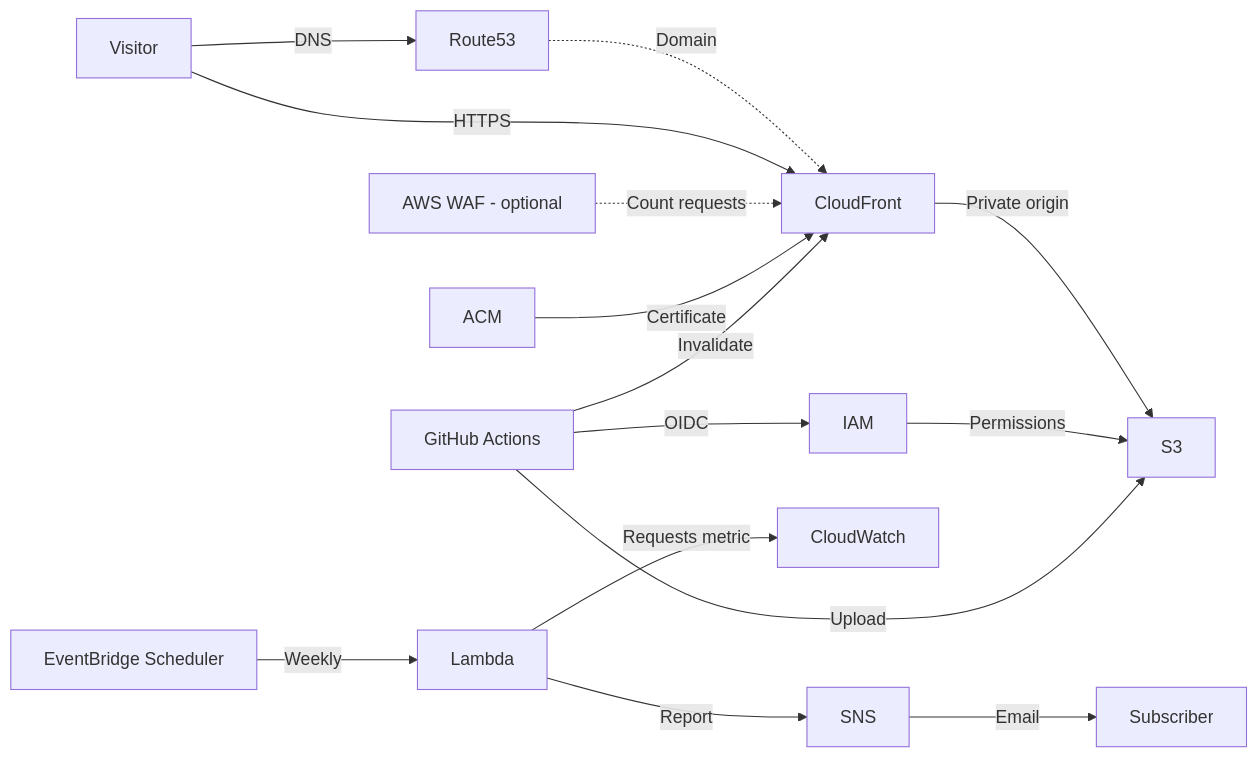
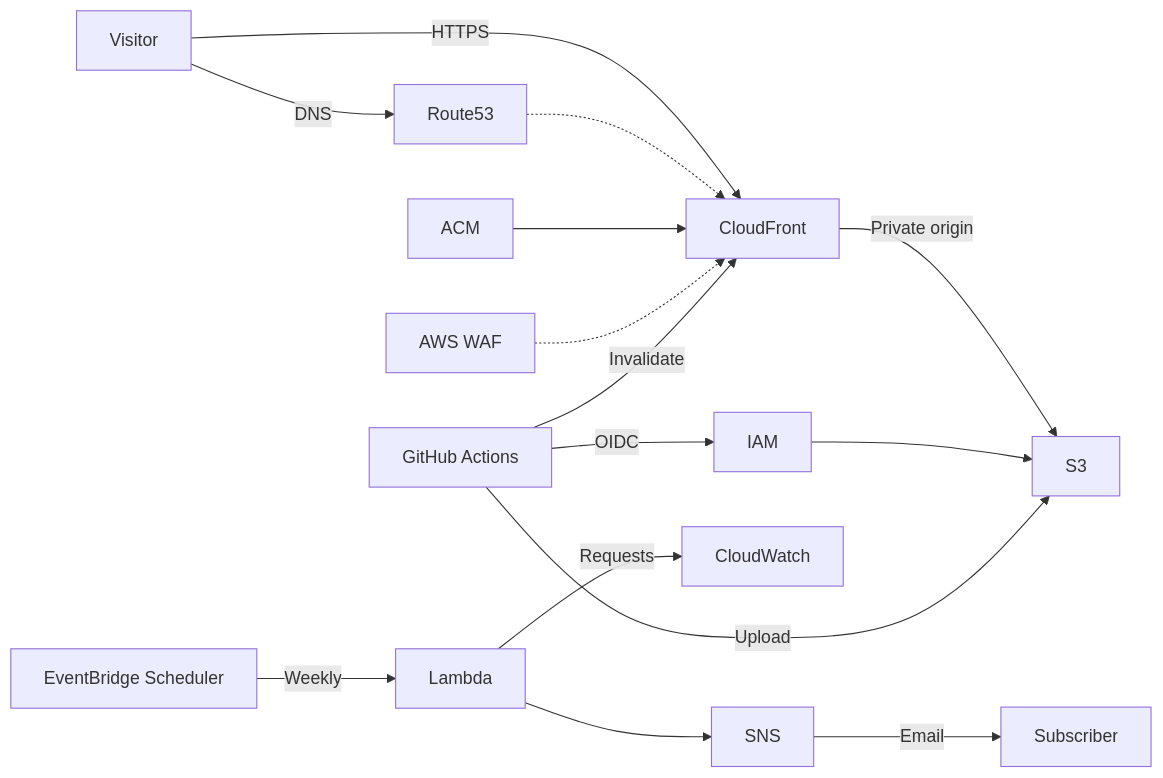
One commit to KFrost533/infra-s3-portfolio changed the diagram in README.md. Above: the diagram before and after it, drawn with Mermaid. The commit also changed other lines of this file and 1 other file, not shown here.

````diff
--- a/README.md
+++ b/README.md
@@ -3,17 +7,16 @@
 ```mermaid
 flowchart LR
     Visitor -->|DNS| Route53
-    Route53 -.->|Domain| CloudFront
     Visitor -->|HTTPS| CloudFront
-    WAF[AWS WAF - optional] -.->|Count requests| CloudFront
-    ACM -->|Certificate| CloudFront
+    Route53 -.-> CloudFront
+    ACM --> CloudFront
+    WAF[AWS WAF] -.-> CloudFront
     CloudFront -->|Private origin| S3
     GitHub[GitHub Actions] -->|OIDC| IAM
-    IAM -->|Permissions| S3
+    IAM --> S3
     GitHub -->|Upload| S3
     GitHub -->|Invalidate| CloudFront
     Scheduler[EventBridge Scheduler] -->|Weekly| Lambda
-    Lambda -->|Requests metric| CloudWatch
-    Lambda -->|Report| SNS
-    SNS -->|Email| Subscriber
+    Lambda -->|Requests| CloudWatch
+    Lambda --> SNS -->|Email| Subscriber
 ```
````
